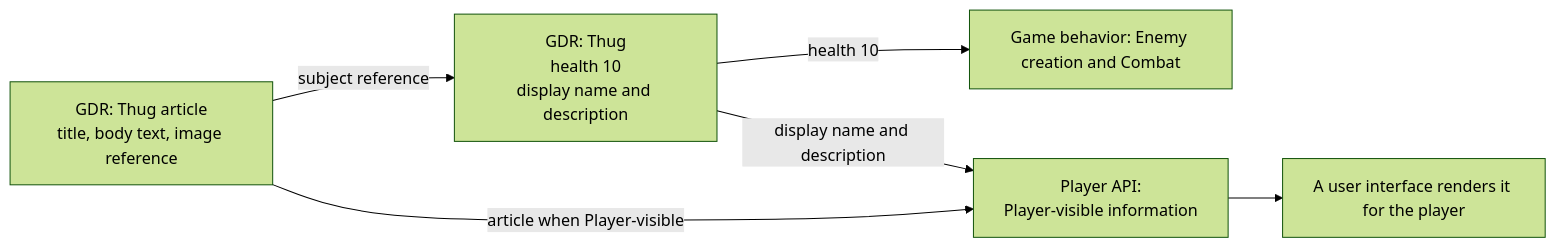
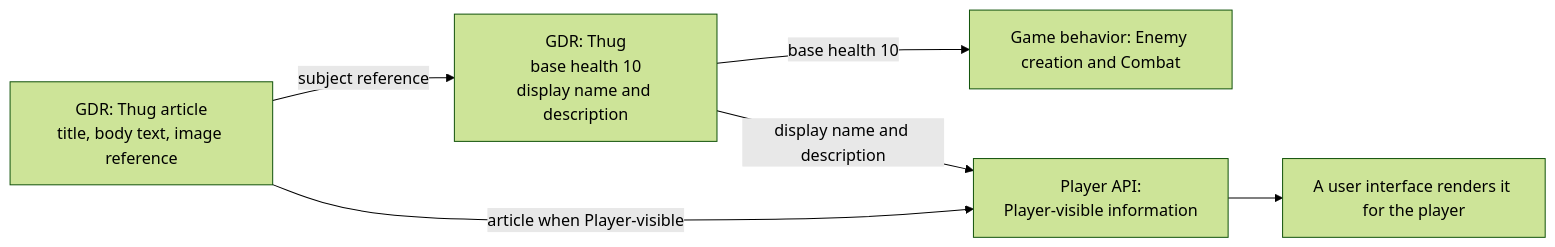
The seventh of 7 diagrams in docs/specs/foundation/game-data-records.md (konrad-jamrozik/game-v5), drawn with Mermaid (forest theme) before and after one commit. The commit also changed other lines of this file and 14 other files, not shown here.

First line of the commit message:
Rename maximum health to base health and qualify current health

````diff
--- a/docs/specs/foundation/game-data-records.md
+++ b/docs/specs/foundation/game-data-records.md
@@ -384,10 +384,10 @@
 ```mermaid
 flowchart LR
-    Thug["GDR: Thug<br/>health 10<br/>display name and description"]
+    Thug["GDR: Thug<br/>base health 10<br/>display name and description"]
     Article["GDR: Thug article<br/>title, body text, image reference"]
     Article -->|subject reference| Thug
-    Thug -->|health 10| Combat["Game behavior: Enemy creation and Combat"]
+    Thug -->|base health 10| Combat["Game behavior: Enemy creation and Combat"]
     Thug -->|display name and description| PlayerAPI["Player API:<br/>Player-visible information"]
     Article -->|article when Player-visible| PlayerAPI
     PlayerAPI --> UserInterface["A user interface renders it for the player"]
 ```
````
